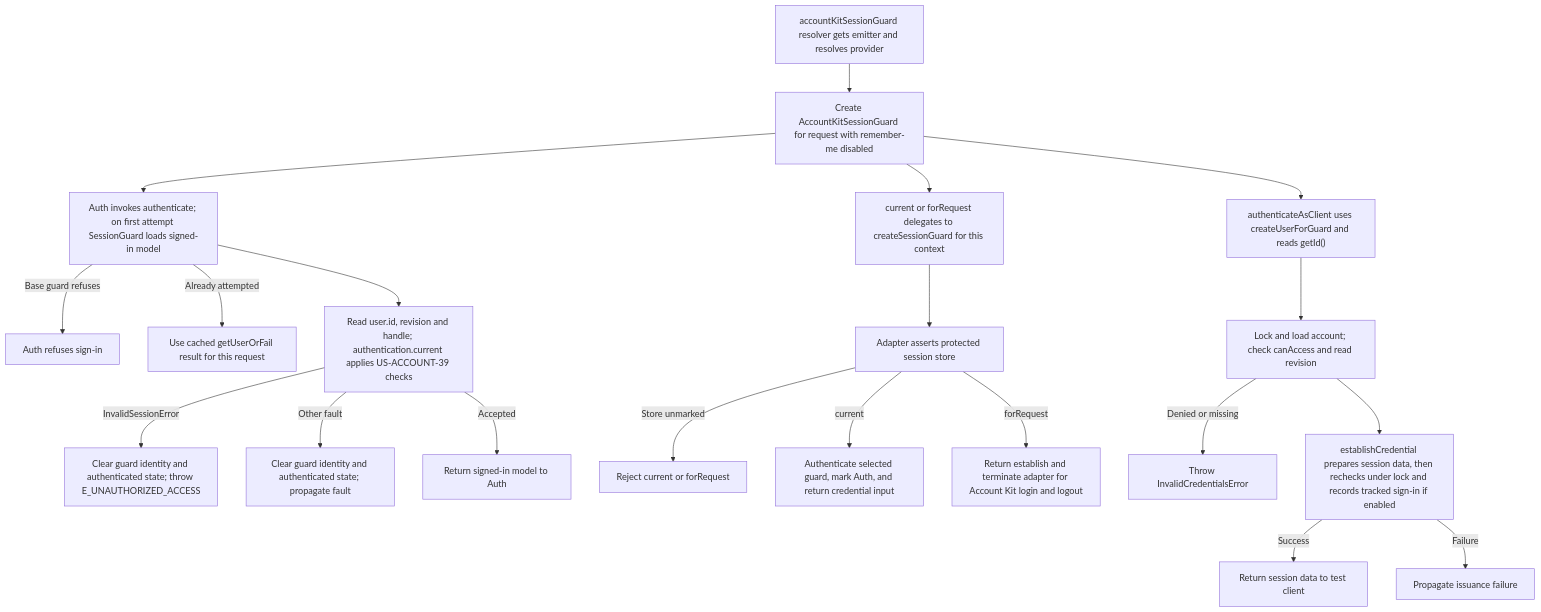
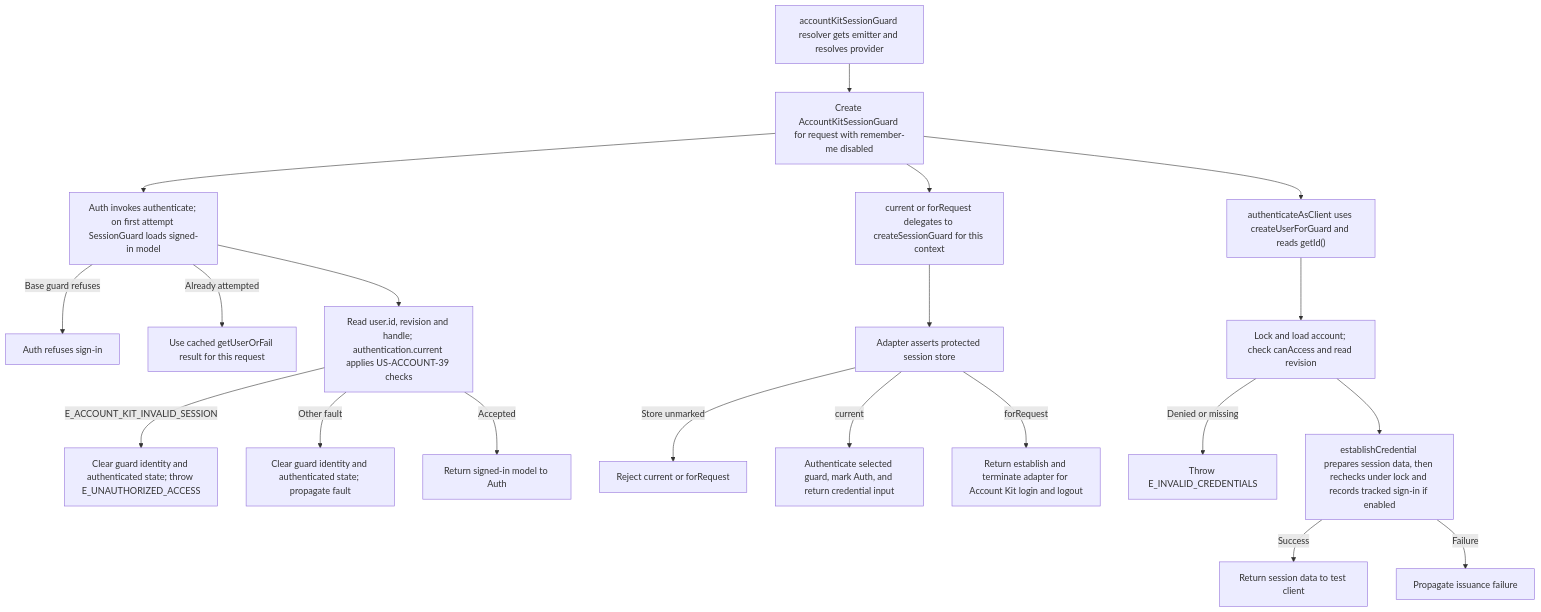
Before and after one commit to Kevinjohn/oss-adonisjs-account-kit: the second of 2 diagrams in user-stories/US-ACCOUNT-64-use-adonisjs-session-guard.md, drawn with Mermaid. The commit also changed other lines of this file and 362 other files, not shown here.

````diff
--- a/user-stories/US-ACCOUNT-64-use-adonisjs-session-guard.md
+++ b/user-stories/US-ACCOUNT-64-use-adonisjs-session-guard.md
@@ -37,22 +37,22 @@
 ```mermaid
 flowchart TD
  A["accountKitSessionGuard resolver gets emitter and resolves provider"] --> B["Create AccountKitSessionGuard for request with remember-me disabled"]
  B --> C["Auth invokes authenticate; on first attempt SessionGuard loads signed-in model"]
  C -->|Base guard refuses| I["Auth refuses sign-in"]
  C -->|Already attempted| Q["Use cached getUserOrFail result for this request"]
  C --> K["Read user.id, revision and handle; authentication.current applies US-ACCOUNT-39 checks"]
- K -->|InvalidSessionError| N["Clear guard identity and authenticated state; throw E_UNAUTHORIZED_ACCESS"]
+ K -->|E_ACCOUNT_KIT_INVALID_SESSION| N["Clear guard identity and authenticated state; throw E_UNAUTHORIZED_ACCESS"]
  K -->|Other fault| X["Clear guard identity and authenticated state; propagate fault"]
  K -->|Accepted| O["Return signed-in model to Auth"]
  B --> H["current or forRequest delegates to createSessionGuard for this context"]
  H --> S["Adapter asserts protected session store"]
  S -->|Store unmarked| AA["Reject current or forRequest"]
  S -->|current| T["Authenticate selected guard, mark Auth, and return credential input"]
  S -->|forRequest| R["Return establish and terminate adapter for Account Kit login and logout"]
  B --> J["authenticateAsClient uses createUserForGuard and reads getId()"]
  J --> U["Lock and load account; check canAccess and read revision"]
- U -->|Denied or missing| V["Throw InvalidCredentialsError"]
+ U -->|Denied or missing| V["Throw E_INVALID_CREDENTIALS"]
  U --> W["establishCredential prepares session data, then rechecks under lock and records tracked sign-in if enabled"]
  W -->|Success| Y["Return session data to test client"]
  W -->|Failure| Z["Propagate issuance failure"]
 ```
````
